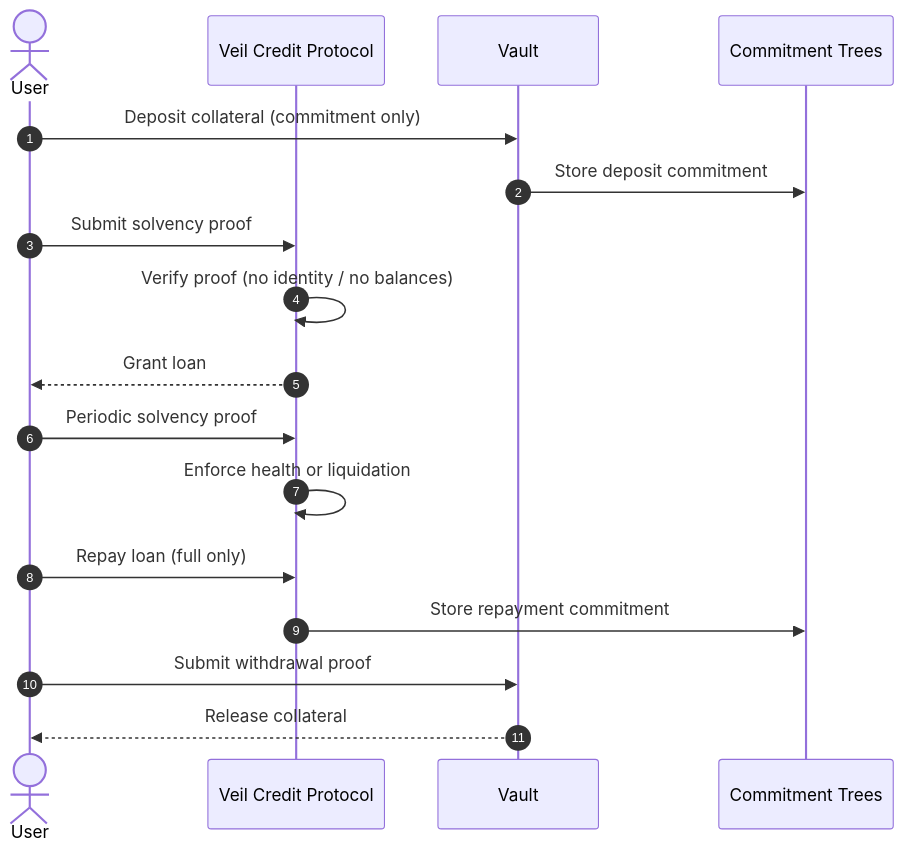
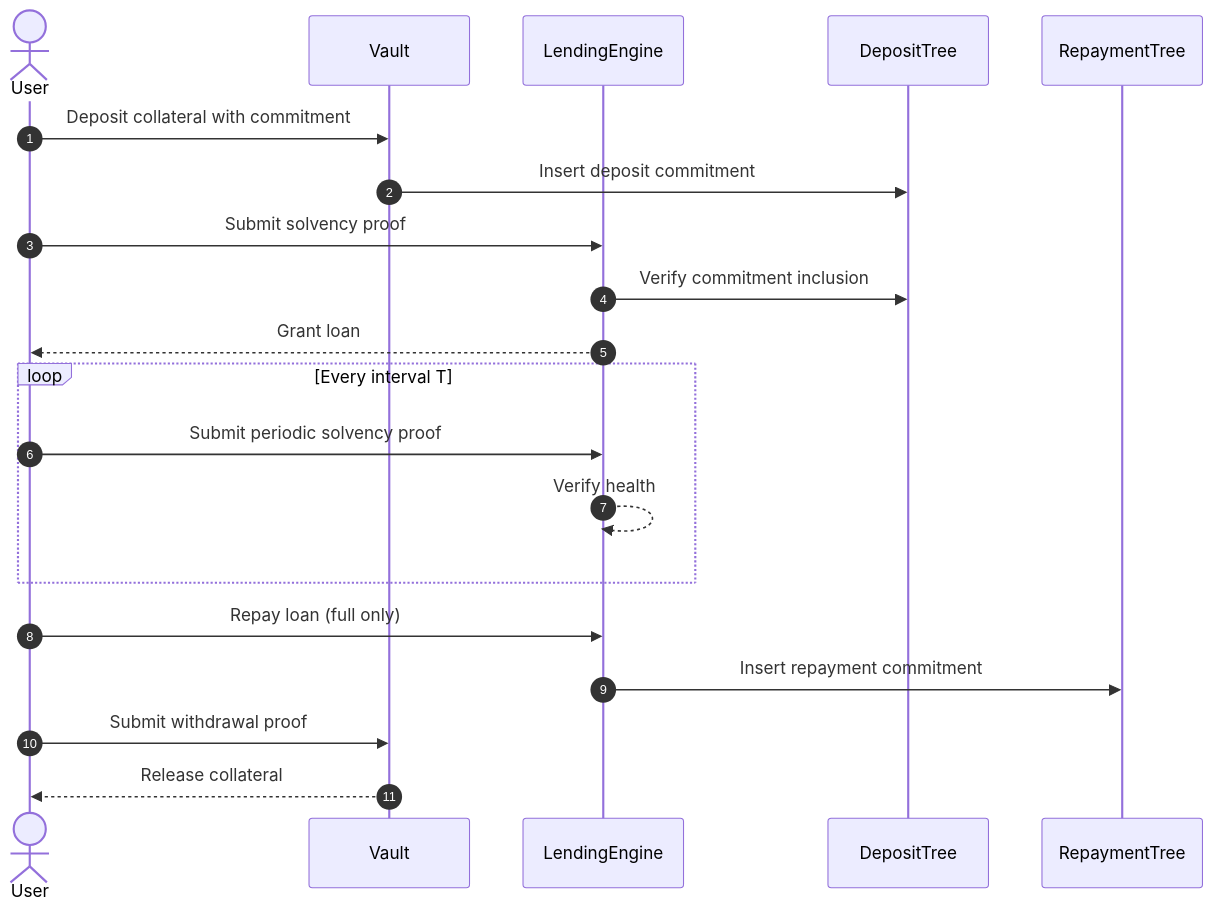
One commit to VeilCredit/VeilCredit changed the first of 3 diagrams in README.md. Above: the diagram before and after it, drawn with Mermaid. The commit also changed other lines of this file, not shown here.

````diff
--- a/README.md
+++ b/README.md
@@ -58,24 +57,27 @@
 ```mermaid
 sequenceDiagram
     autonumber
-    actor U as User
-    participant LE as Veil Credit Protocol
-    participant VT as Vault
-    participant MT as Commitment Trees
+    actor User
+    participant Vault
+    participant LendingEngine
+    participant DepositTree
+    participant RepaymentTree
 
-    U->>VT: Deposit collateral (commitment only)
-    VT->>MT: Store deposit commitment
+    User->>Vault: Deposit collateral with commitment
+    Vault->>DepositTree: Insert deposit commitment
 
-    U->>LE: Submit solvency proof
-    LE->>LE: Verify proof (no identity / no balances)
-    LE-->>U: Grant loan
+    User->>LendingEngine: Submit solvency proof
+    LendingEngine->>DepositTree: Verify commitment inclusion
+    LendingEngine-->>User: Grant loan
 
-    U->>LE: Periodic solvency proof
-    LE->>LE: Enforce health or liquidation
+    loop Every interval T
+        User->>LendingEngine: Submit periodic solvency proof
+        LendingEngine-->>LendingEngine: Verify health
+    end
 
-    U->>LE: Repay loan (full only)
-    LE->>MT: Store repayment commitment
+    User->>LendingEngine: Repay loan (full only)
+    LendingEngine->>RepaymentTree: Insert repayment commitment
 
-    U->>VT: Submit withdrawal proof
-    VT-->>U: Release collateral
+    User->>Vault: Submit withdrawal proof
+    Vault-->>User: Release collateral
 ```
````
